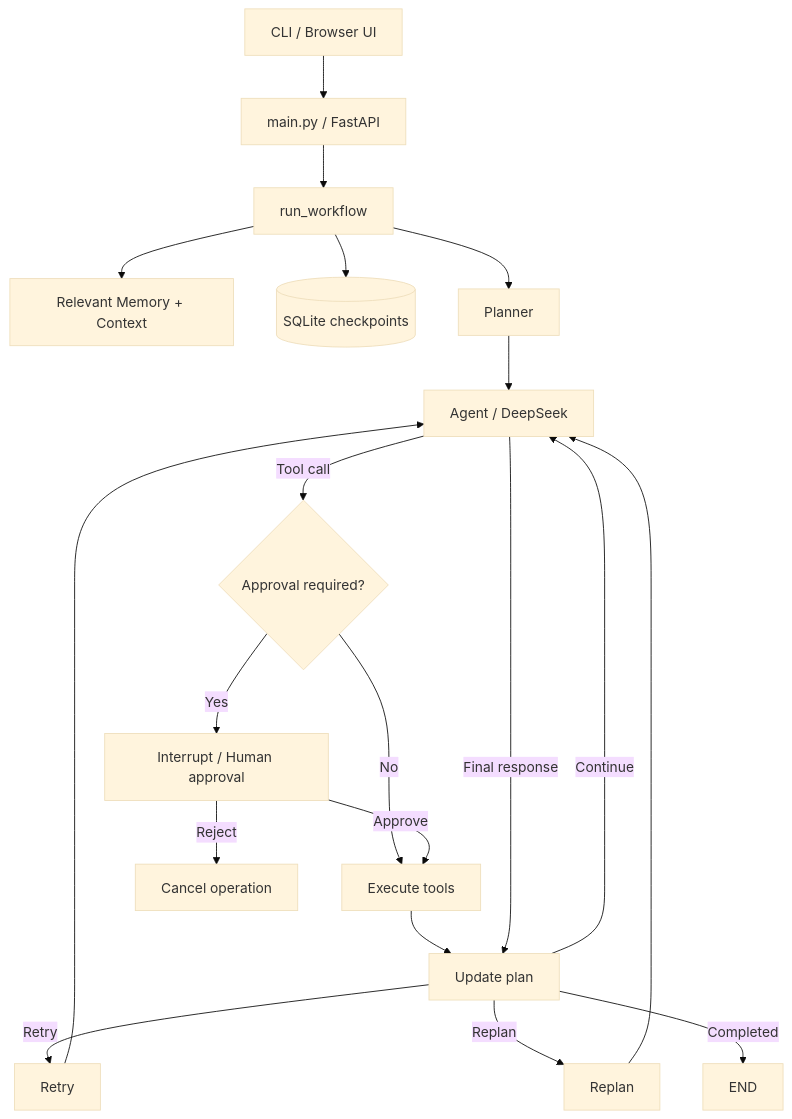
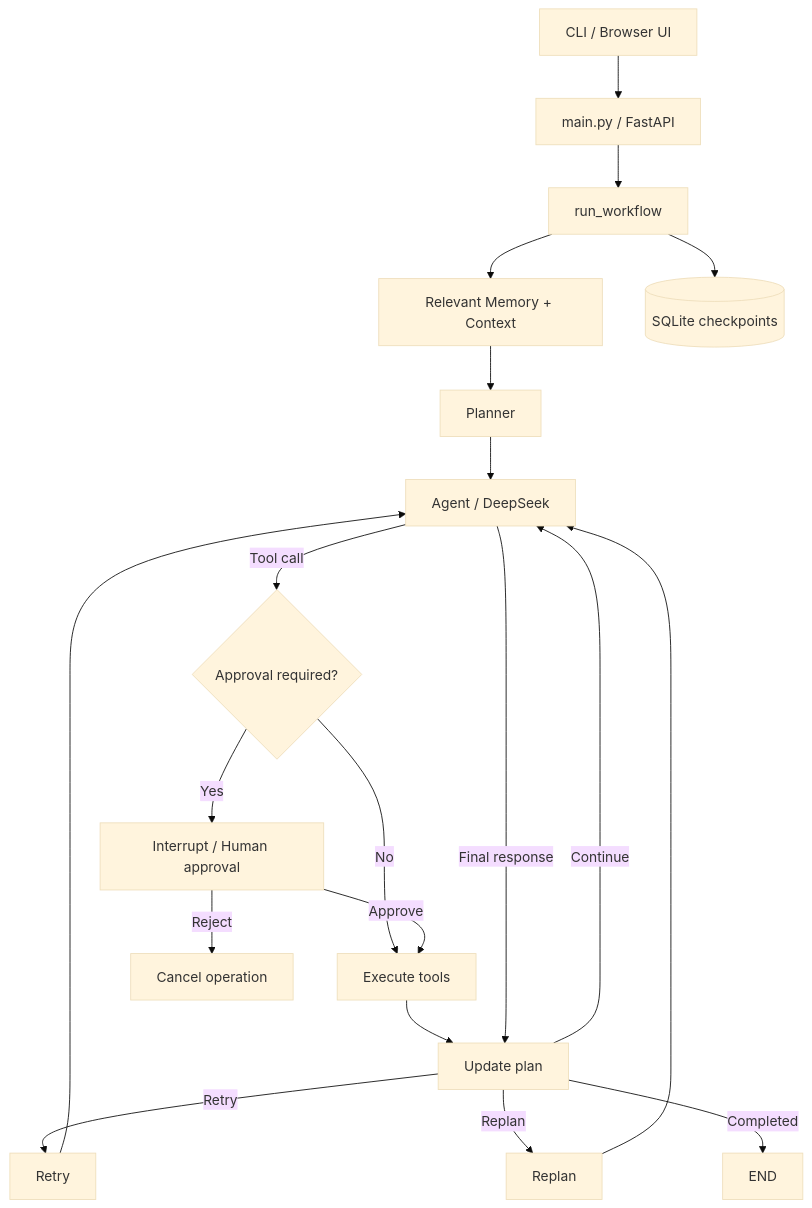
One commit to LarsG33/agent_project changed the diagram in README.md. Above: the diagram before and after it, drawn with Mermaid (base theme).

````diff
--- a/README.md
+++ b/README.md
@@ -23,22 +23,22 @@
 ```mermaid
 flowchart TD
     UI[CLI / Browser UI] --> API[main.py / FastAPI]
     API --> W[run_workflow]
     W --> MEM[Relevant Memory + Context]
     W --> CP[(SQLite checkpoints)]
-    W --> P[Planner]
+    MEM --> P[Planner]
     P --> A[Agent / DeepSeek]
     A -->|Tool call| ROUTE{Approval required?}
     ROUTE -->|No| T[Execute tools]
     ROUTE -->|Yes| AP[Interrupt / Human approval]
     AP -->|Approve| T
     AP -->|Reject| CANCEL[Cancel operation]
     T --> U[Update plan]
     A -->|Final response| U
     U -->|Continue| A
     U -->|Retry| RETRY[Retry]
     RETRY --> A
     U -->|Replan| REPLAN[Replan]
     REPLAN --> A
     U -->|Completed| END[END]
 ```
````
